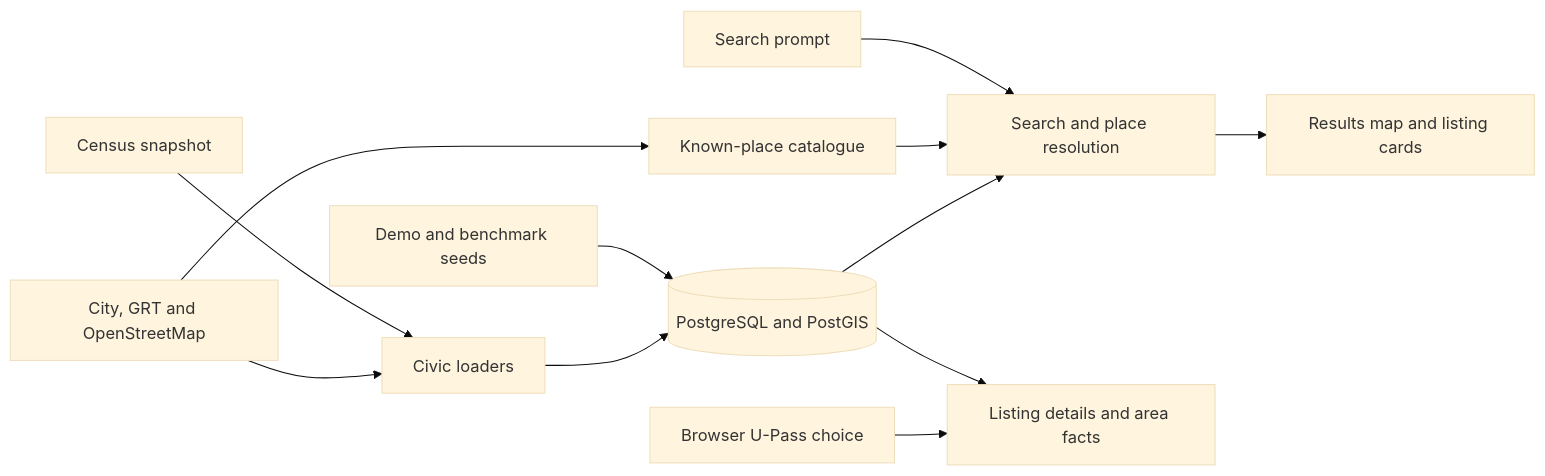
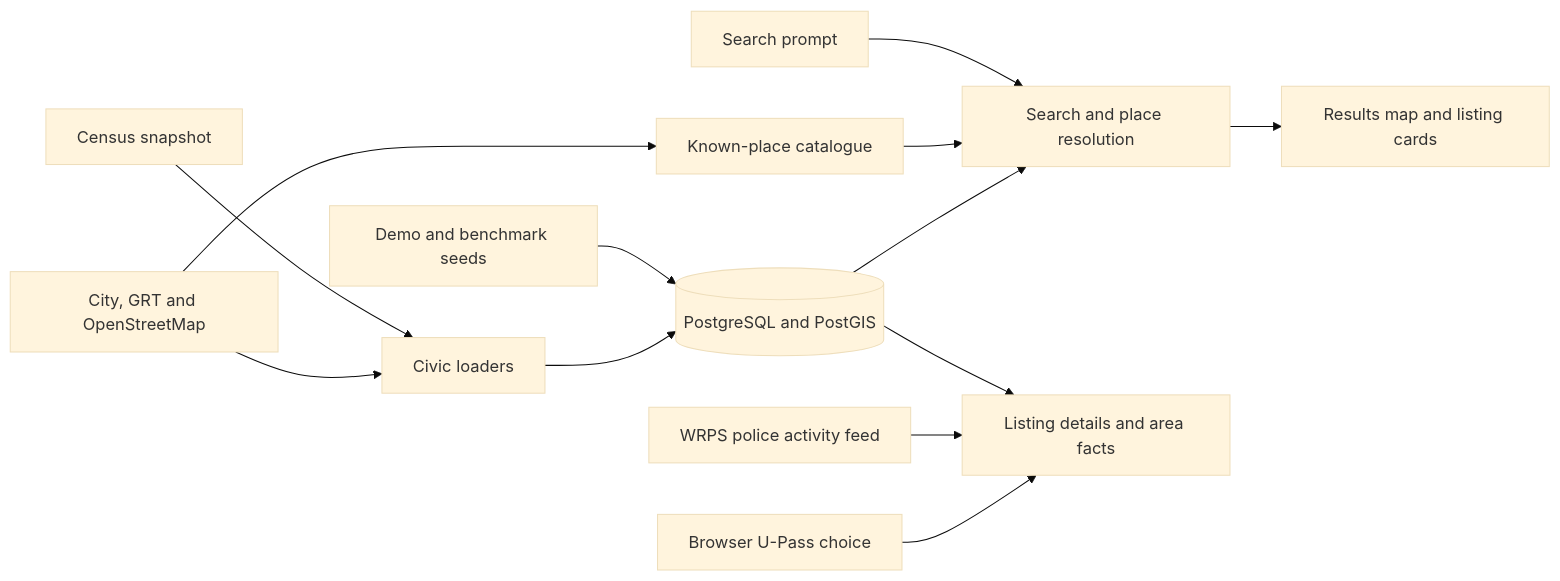
The diagram in docs/architecture/Waterloo.md (aqeelzow/Rent-the-6ix), drawn with Mermaid (base theme) before and after one commit. The commit also changed 14 other files, not shown here.

Commit message:
Include UW campus buildings and nearby police activity

````diff
--- a/docs/architecture/Waterloo.md
+++ b/docs/architecture/Waterloo.md
@@ -13,14 +13,15 @@
 ```mermaid
 flowchart LR
   Census[Census snapshot] --> Load[Civic loaders]
   Feeds[City, GRT and OpenStreetMap] --> Load
   Seeds[Demo and benchmark seeds] --> DB[(PostgreSQL and PostGIS)]
   Load --> DB
   Feeds --> Places[Known-place catalogue]
   Prompt[Search prompt] --> Search[Search and place resolution]
   Places --> Search
   DB --> Search
   Search --> Map[Results map and listing cards]
   DB --> Facts[Listing details and area facts]
+  WRPS[WRPS police activity feed] --> Facts
   Pref[Browser U-Pass choice] --> Facts
 ```
````
